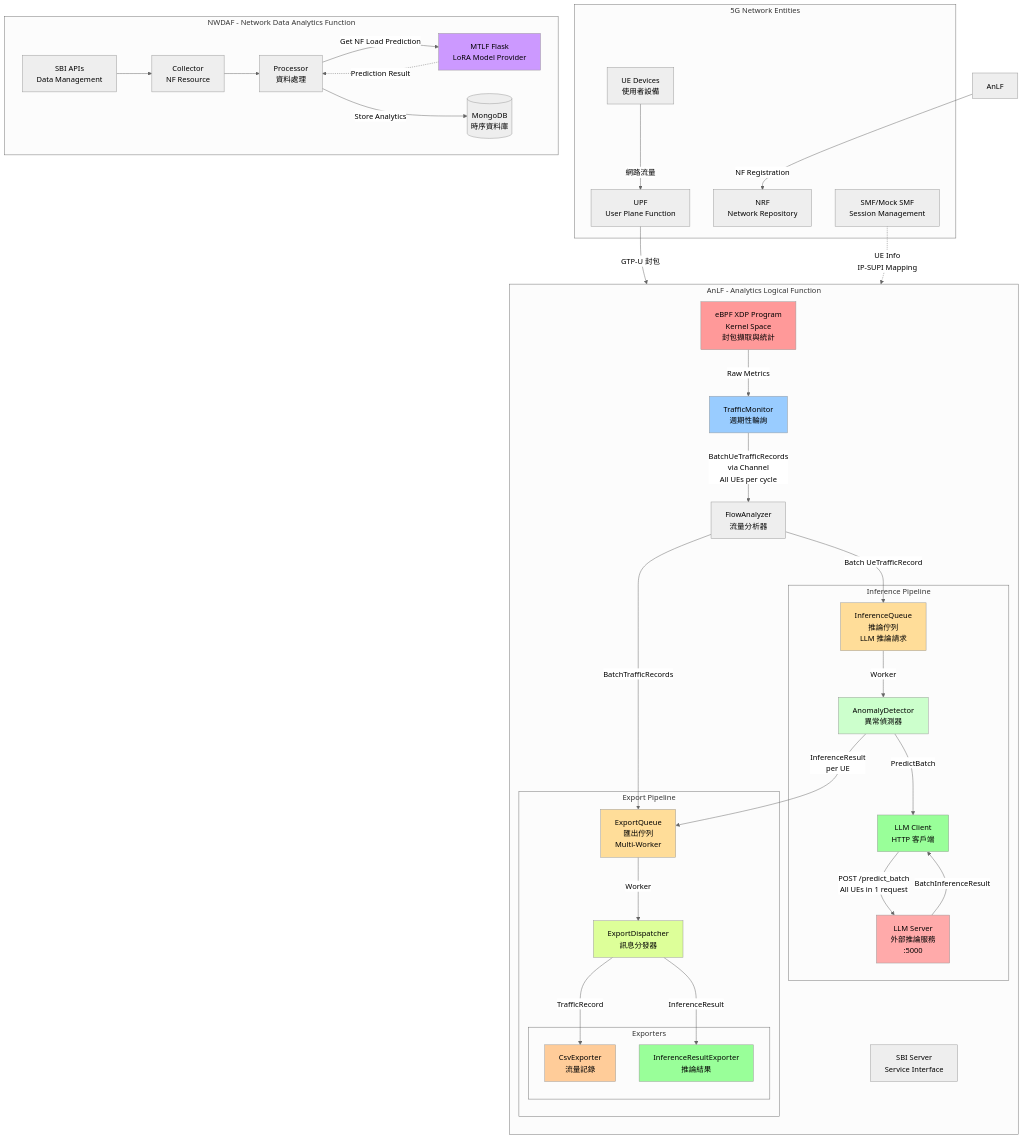
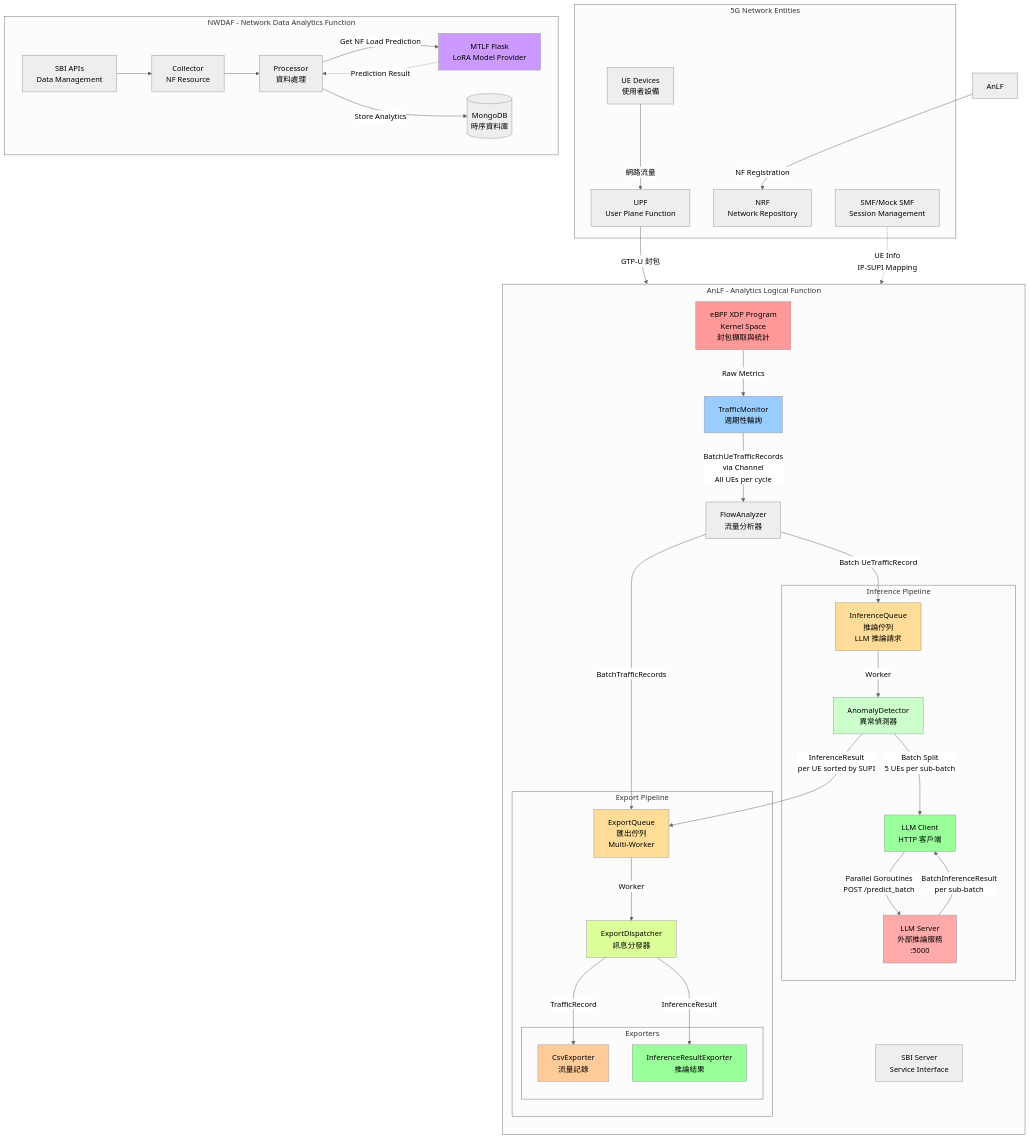
One commit to ian-cs12-NYCU/AnLF changed the first of 8 diagrams in docs/architecture.md. Above: the diagram before and after it, drawn with Mermaid. The commit also changed other lines of this file and 6 other files, not shown here.

```diff
--- a/docs/architecture.md
+++ b/docs/architecture.md
@@ -57,10 +57,10 @@
     Analyzer -->|Batch UeTrafficRecord| InfQueue
     
     InfQueue -->|Worker| Detector
-    Detector -->|PredictBatch| LLMClient
-    LLMClient -->|POST /predict_batch<br/>All UEs in 1 request| LLMServer
-    LLMServer -->|BatchInferenceResult| LLMClient
-    Detector -->|InferenceResult<br/>per UE| ExpQueue
+    Detector -->|Batch Split<br/>5 UEs per sub-batch| LLMClient
+    LLMClient -->|Parallel Goroutines<br/>POST /predict_batch| LLMServer
+    LLMServer -->|BatchInferenceResult<br/>per sub-batch| LLMClient
+    Detector -->|InferenceResult<br/>per UE sorted by SUPI| ExpQueue
     
     ExpQueue -->|Worker| Dispatcher
     Dispatcher -->|TrafficRecord| CSV
```
